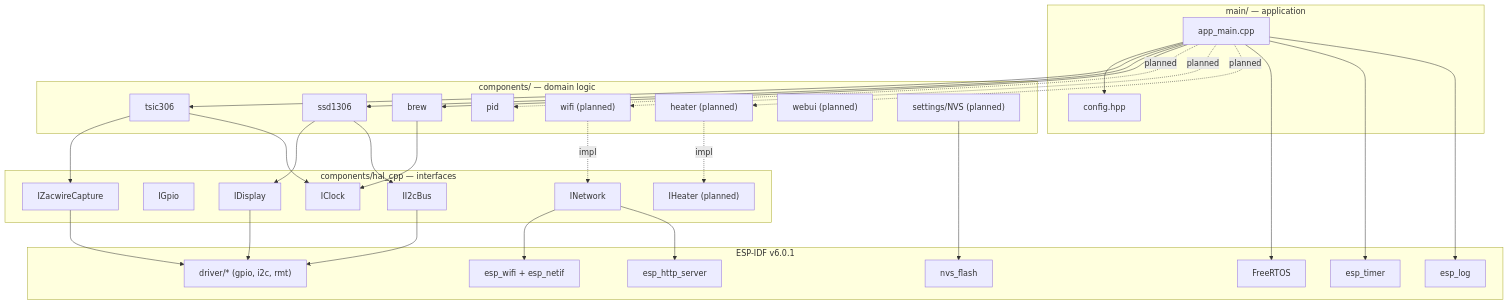
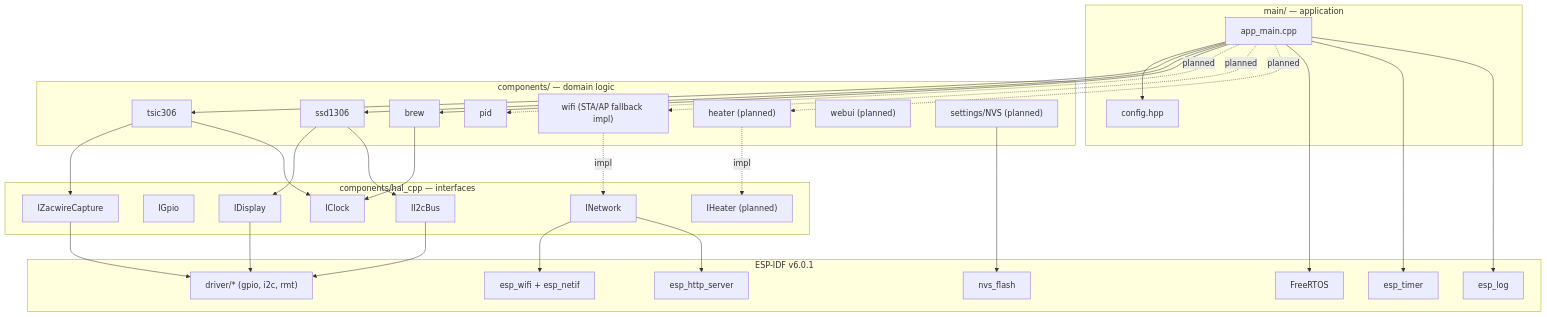
Before and after one commit to kYc0o/espid-coffee: the first of 3 diagrams in ARCHITECTURE.md, drawn with Mermaid. The commit also changed other lines of this file and 4 other files, not shown here.

First line of the commit message:
feat(wifi): add esp_wifi INetwork with STA and AP fallback

````diff
--- a/ARCHITECTURE.md
+++ b/ARCHITECTURE.md
@@ -84,64 +85,64 @@
 ```mermaid
 flowchart TB
     subgraph App["main/ — application"]
         APP_MAIN["app_main.cpp"]
         CFG["config.hpp"]
     end
 
     subgraph Components["components/ — domain logic"]
         TSIC["tsic306"]
         SSD["ssd1306"]
         BREW["brew"]
         PID["pid"]
-        WIFI["wifi (planned)"]
+      WIFI["wifi (STA/AP fallback impl)"]
         HEAT["heater (planned)"]
         HTTPSVC["webui (planned)"]
         NVS["settings/NVS (planned)"]
     end
 
     subgraph HAL["components/hal_cpp — interfaces"]
         ICLK["IClock"]
         IGPIO["IGpio"]
         II2C["II2cBus"]
         IZAC["IZacwireCapture"]
         IDSP["IDisplay"]
         INET["INetwork"]
         IHEAT["IHeater (planned)"]
     end
 
     subgraph IDF["ESP-IDF v6.0.1"]
         FRTOS["FreeRTOS"]
         DRV["driver/* (gpio, i2c, rmt)"]
         ESPWIFI["esp_wifi + esp_netif"]
         HTTPD["esp_http_server"]
         ESPNVS["nvs_flash"]
         TIMER["esp_timer"]
         LOG["esp_log"]
     end
 
     APP_MAIN --> CFG
     APP_MAIN --> TSIC
     APP_MAIN --> SSD
     APP_MAIN --> BREW
     APP_MAIN -. planned .-> PID
     APP_MAIN -. planned .-> WIFI
     APP_MAIN -. planned .-> HEAT
 
     TSIC --> IZAC
     TSIC --> ICLK
     SSD --> IDSP
     SSD --> II2C
     BREW --> ICLK
     WIFI -. impl .-> INET
     HEAT -. impl .-> IHEAT
 
     IZAC --> DRV
     IDSP --> DRV
     II2C --> DRV
     INET --> ESPWIFI
     INET --> HTTPD
     APP_MAIN --> FRTOS
     APP_MAIN --> TIMER
     APP_MAIN --> LOG
     NVS --> ESPNVS
 ```
````
